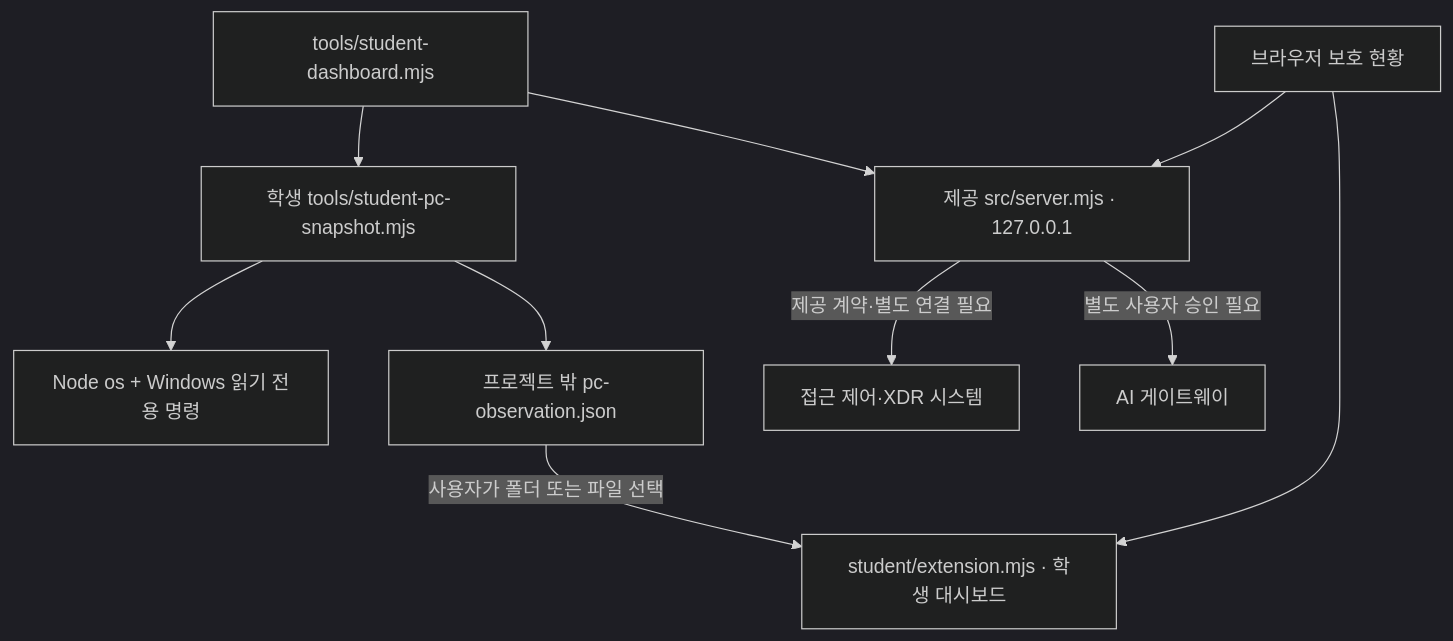
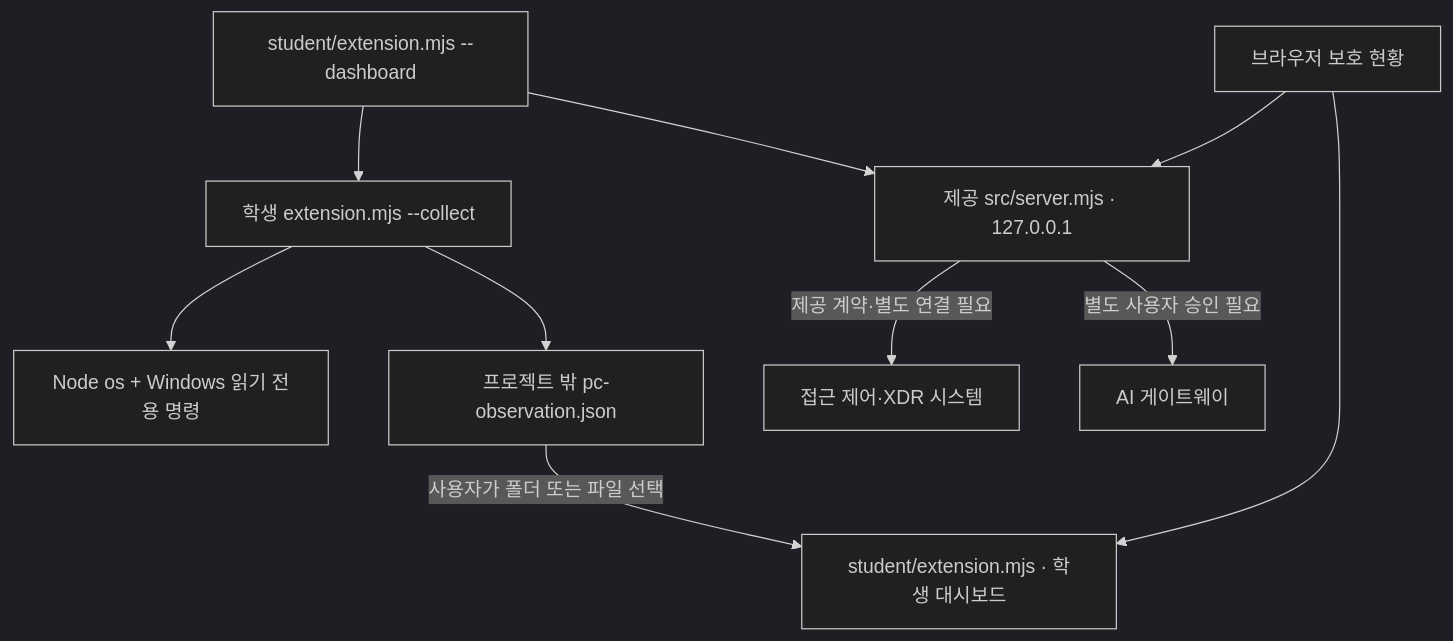
Before and after one commit to ejdehdtjr-afk/choi-bujang-secret-vault-2: the diagram in on-client/docs/FINAL_DEMO.md, drawn with Mermaid (dark theme). The commit also changed other lines of this file and 7 other files, not shown here.

````diff
--- a/on-client/docs/FINAL_DEMO.md
+++ b/on-client/docs/FINAL_DEMO.md
@@ -87,12 +87,12 @@
 ```mermaid
 flowchart TD
-  Start[tools/student-dashboard.mjs] --> Server[제공 src/server.mjs · 127.0.0.1]
-  Start --> Collector[학생 tools/student-pc-snapshot.mjs]
+  Start[student/extension.mjs --dashboard] --> Server[제공 src/server.mjs · 127.0.0.1]
+  Start --> Collector[학생 extension.mjs --collect]
   Collector --> OS[Node os + Windows 읽기 전용 명령]
   Collector --> JSON[프로젝트 밖 pc-observation.json]
   Browser[브라우저 보호 현황] --> Server
   JSON -->|사용자가 폴더 또는 파일 선택| Student[student/extension.mjs · 학생 대시보드]
   Browser --> Student
   Server -->|제공 계약·별도 연결 필요| SDP[접근 제어·XDR 시스템]
   Server -->|별도 사용자 승인 필요| AI[AI 게이트웨이]
 ```
````
